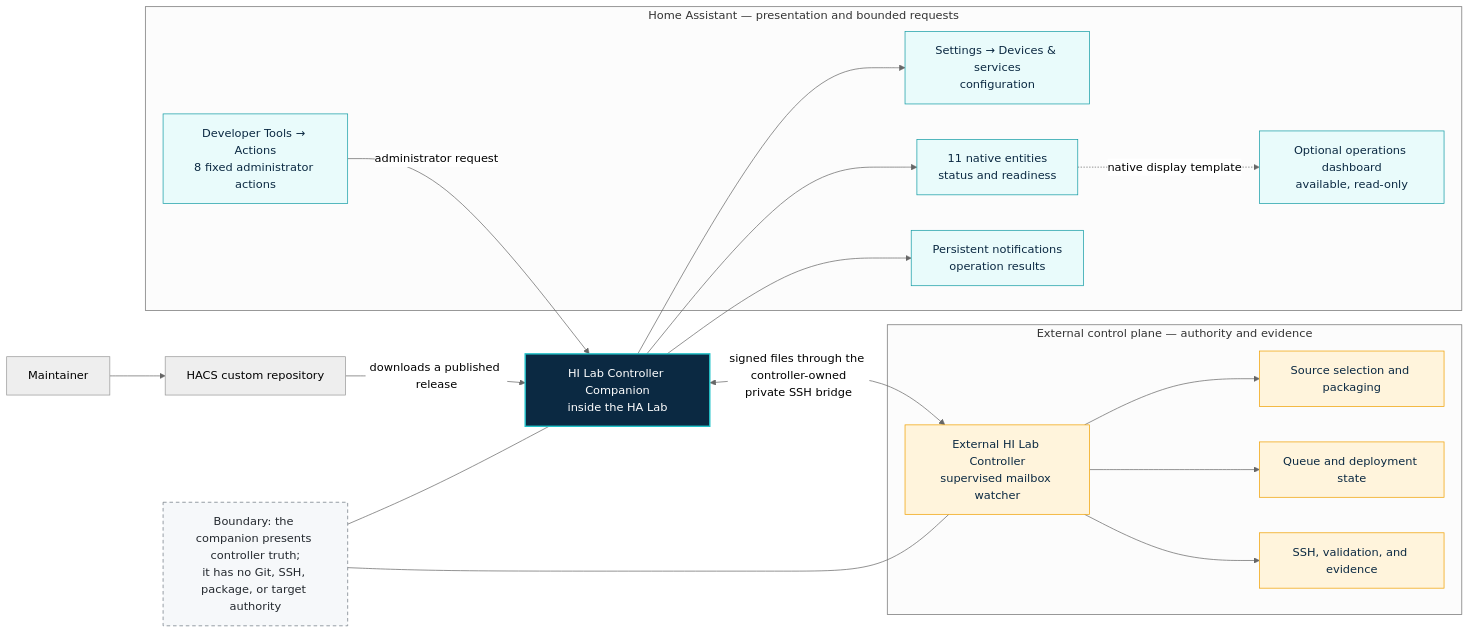
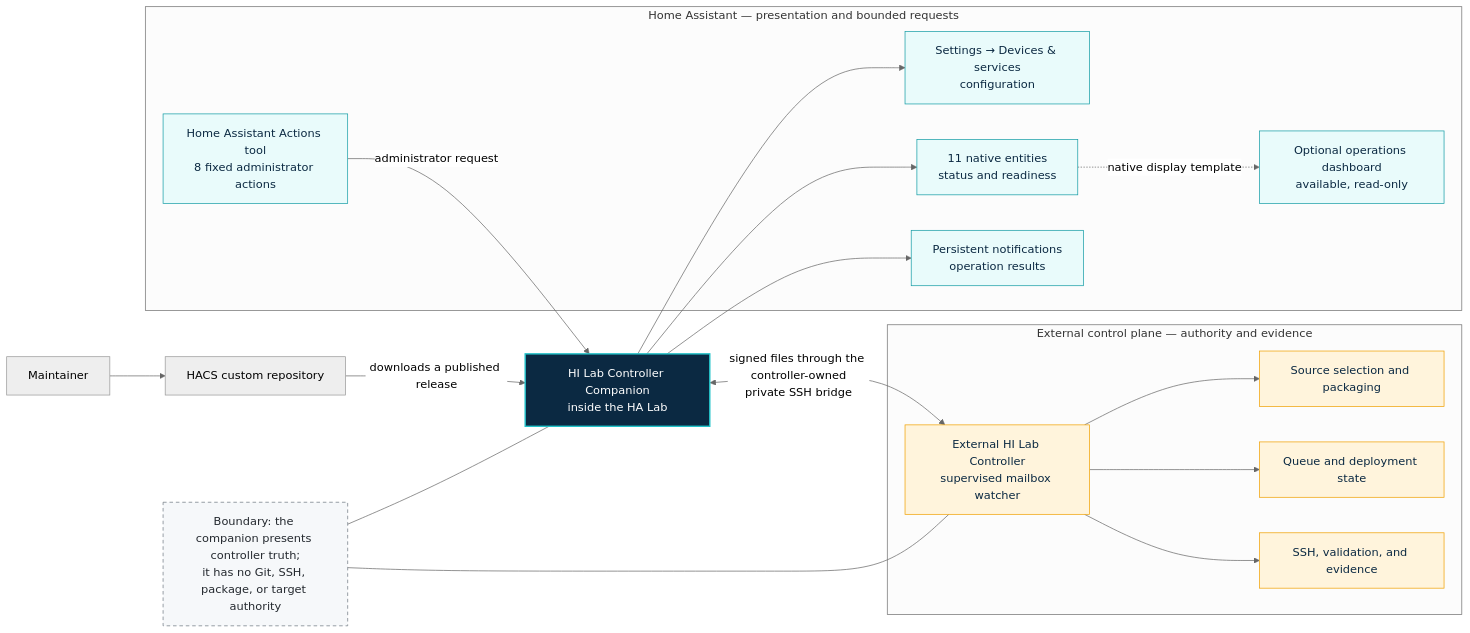
Before and after one commit to senyo888/hi-lab-controller-companion: the diagram in README.md, drawn with Mermaid (neutral theme). The commit also changed other lines of this file and 8 other files, not shown here.

````diff
--- a/README.md
+++ b/README.md
@@ -37,40 +37,40 @@
 ```mermaid
 flowchart LR
     M["Maintainer"] --> H["HACS custom repository"]
     H -->|"downloads a published release"| C["HI Lab Controller Companion<br/>inside the HA Lab"]
 
     subgraph HA["Home Assistant — presentation and bounded requests"]
         S["Settings → Devices & services<br/>configuration"]
         E["11 native entities<br/>status and readiness"]
-        A["Developer Tools → Actions<br/>8 fixed administrator actions"]
+        A["Home Assistant Actions tool<br/>8 fixed administrator actions"]
         N["Persistent notifications<br/>operation results"]
         D["Optional operations dashboard<br/>available, read-only"]
     end
 
     C --> S
     C --> E
     A -->|"administrator request"| C
     C --> N
     E -.->|"native display template"| D
 
     C <-->|"signed files through the controller-owned<br/>private SSH bridge"| X["External HI Lab Controller<br/>supervised mailbox watcher"]
 
     subgraph CP["External control plane — authority and evidence"]
         X --> P["Source selection and packaging"]
         X --> Q["Queue and deployment state"]
         X --> R["SSH, validation, and evidence"]
     end
 
     B["Boundary: the companion presents controller truth;<br/>it has no Git, SSH, package, or target authority"]
     B --- C
     B --- X
 
     classDef companion fill:#0b2942,stroke:#22c2c9,color:#ffffff,stroke-width:2px;
     classDef surface fill:#e9fbfb,stroke:#139ca5,color:#0b2942;
     classDef authority fill:#fff4dc,stroke:#f0a000,color:#0b2942;
     classDef boundary fill:#f6f8fa,stroke:#6e7781,color:#24292f,stroke-dasharray: 5 4;
     class C companion;
     class S,E,A,N,D surface;
     class X,P,Q,R authority;
     class B boundary;
 ```
````
